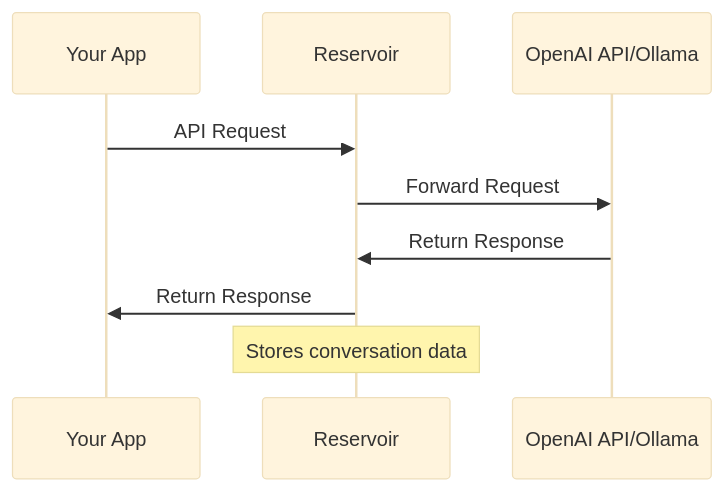
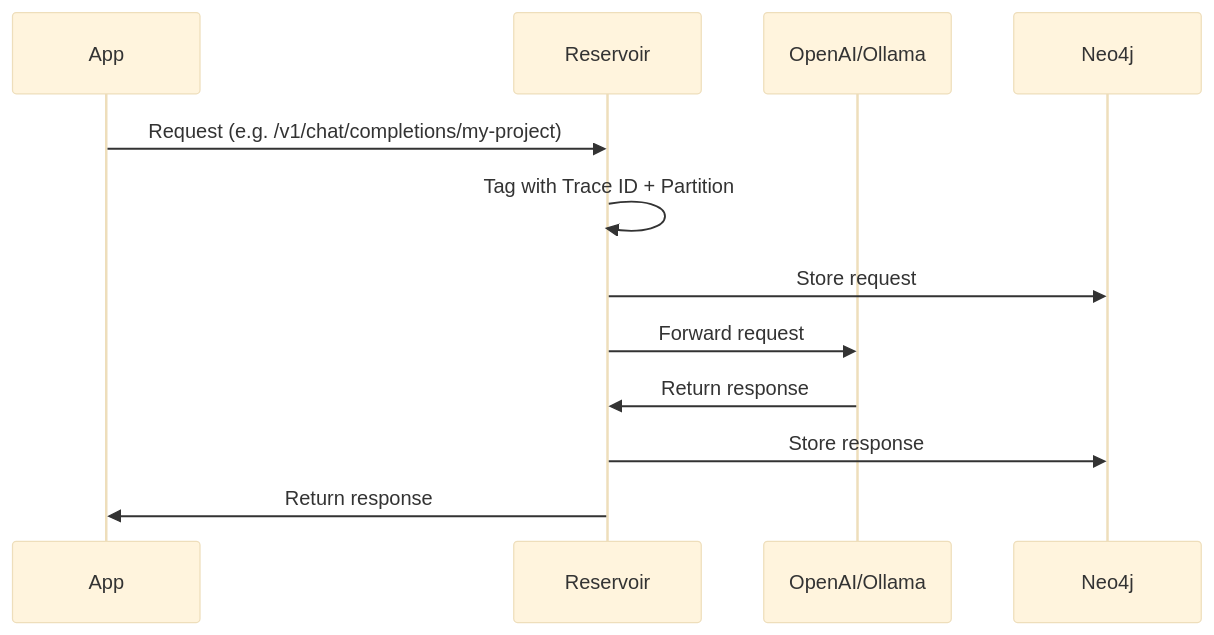
Before and after one commit to divanvisagie/reservoir: the first of 2 diagrams in README.md, drawn with Mermaid (base theme). The commit also changed other lines of this file, not shown here.

````diff
--- a/README.md
+++ b/README.md
@@ -22,13 +24,14 @@
 ```mermaid
 sequenceDiagram
-    participant A as Your App
-    participant B as Reservoir
-    participant C as OpenAI API/Ollama
-    
-    A->>B: API Request
-    B->>C: Forward Request
-    C->>B: Return Response
-    B->>A: Return Response
-    Note over B: Stores conversation data
-    
+    participant App
+    participant Reservoir
+    participant LLM as OpenAI/Ollama
+
+    App->>Reservoir: Request (e.g. /v1/chat/completions/my-project)
+    Reservoir->>Reservoir: Tag with Trace ID + Partition
+    Reservoir->>Neo4j: Store request
+    Reservoir->>LLM: Forward request
+    LLM->>Reservoir: Return response
+    Reservoir->>Neo4j: Store response
+    Reservoir->>App: Return response
 ```
````
